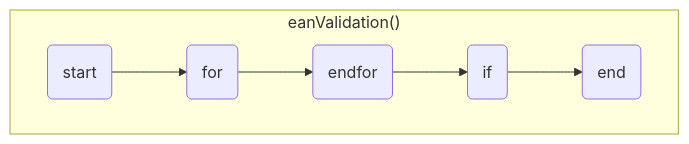
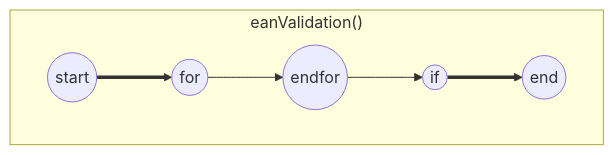
One commit to AlbelNox/EAN-Progamm changed the sixth of 8 diagrams in Walkthrough.md. Above: the diagram before and after it, drawn with Mermaid. The commit also changed other lines of this file, not shown here.

First line of the commit message:
amend Controll Flow Graphs

````diff
--- a/Walkthrough.md
+++ b/Walkthrough.md
@@ -185,9 +185,9 @@
 ```mermaid
 graph TD
 subgraph "eanValidation()"
-A(start) --> B(for)
-B --> C(endfor)
-C --> D(if)
-D --> E(end)
+A((start)) ==> B((for))
+B --> C((endfor))
+C --> D((if))
+D ==> E((end))
 end
 ```
````
